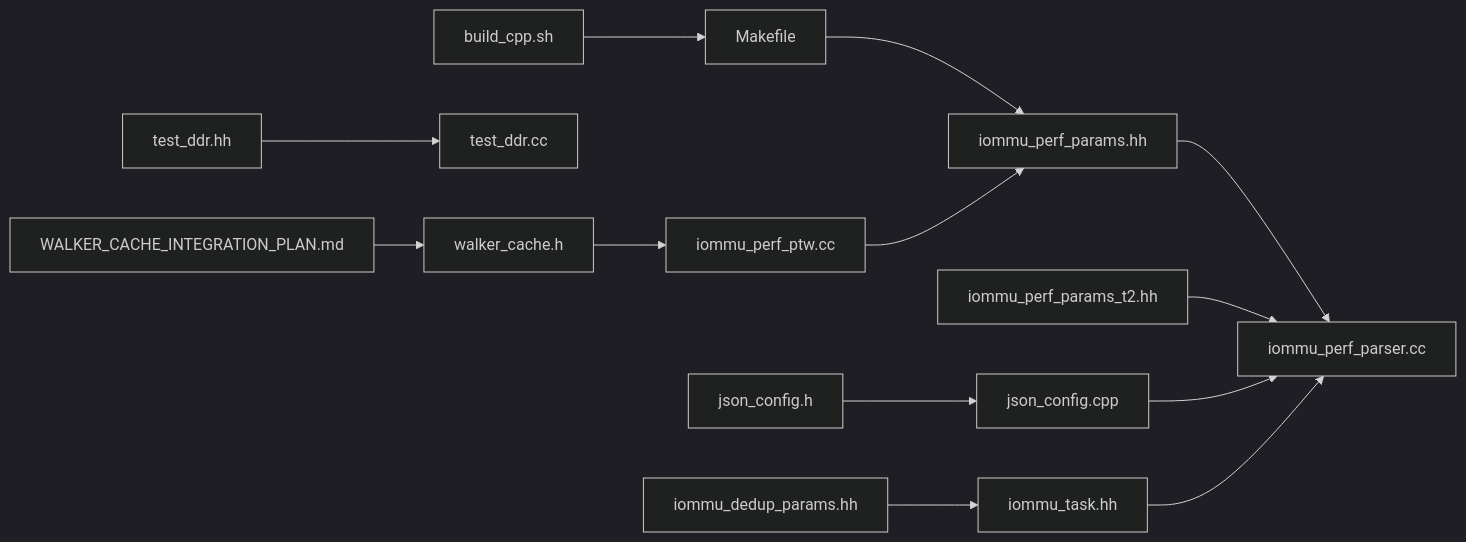
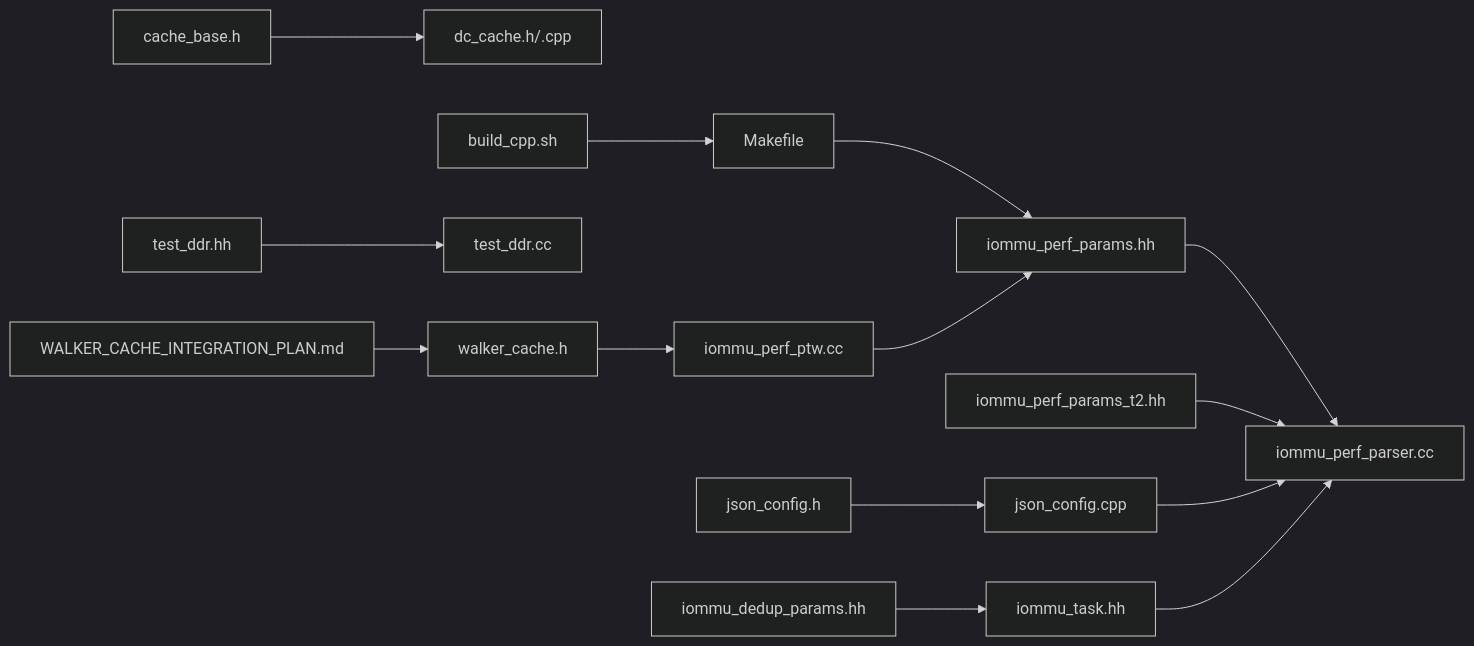
The sixth of 6 diagrams in .qoder/repowiki/zh/content/性能模型/性能参数配置.md (jiangjiang1122/iommu_model_20260401_v1), drawn with Mermaid (dark theme) before and after one commit. The commit also changed other lines of this file and 159 other files, not shown here.

Commit message:
chore: 更新知识库文档 + 新增PTW并发分析图表与数据文件

````diff
--- a/.qoder/repowiki/zh/content/性能模型/性能参数配置.md
+++ b/.qoder/repowiki/zh/content/性能模型/性能参数配置.md
@@ -425,15 +436,16 @@
 ```mermaid
 graph LR
 PP["iommu_perf_params.hh"] --> PR["iommu_perf_parser.cc"]
 PP2["iommu_perf_params_t2.hh"] --> PR
 JC["json_config.cpp"] --> PR
 JH["json_config.h"] --> JC
+CB["cache_base.h"] --> DC["dc_cache.h/.cpp"]
 TS["iommu_task.hh"] --> PR
 DP["iommu_dedup_params.hh"] --> TS
 MK["Makefile"] --> PP
 WC["walker_cache.h"] --> PT["iommu_perf_ptw.cc"]
 PT --> PP
 WCI["WALKER_CACHE_INTEGRATION_PLAN.md"] --> WC
 DDRH["test_ddr.hh"] --> DDRC["test_ddr.cc"]
 BSC["build_cpp.sh"] --> MK
 ```
````
